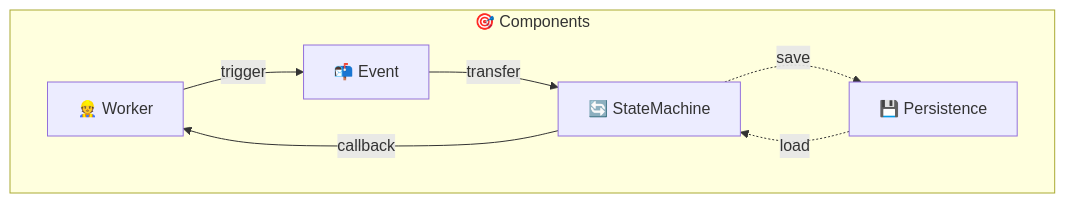
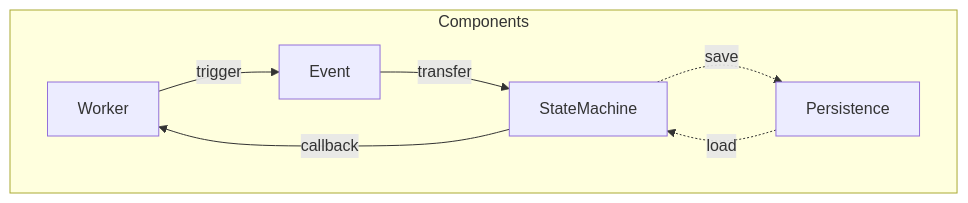
One commit to YearsAlso/zoo-framework-doc changed the seventh of 7 diagrams in docs/zh/core/statemachine.md. Above: the diagram before and after it, drawn with Mermaid. The commit also changed other lines of this file and 24 other files, not shown here.

First line of the commit message:
docs(site): 站点正式化与内容严肃化，附 bench 报告截图

````diff
--- a/docs/zh/core/statemachine.md
+++ b/docs/zh/core/statemachine.md
@@ -522,15 +522,15 @@
 ```mermaid
 graph TB
-    subgraph "🎯 Components"
-        W[👷 Worker]
-        E[📬 Event]
-        SM[🔄 StateMachine]
-        P[💾 Persistence]
+    subgraph " Components"
+        W[ Worker]
+        E[ Event]
+        SM[ StateMachine]
+        P[ Persistence]
     end
     
     W -->|trigger| E
     E -->|transfer| SM
     SM -->|callback| W
     SM -.->|save| P
     P -.->|load| SM
 ```
````
